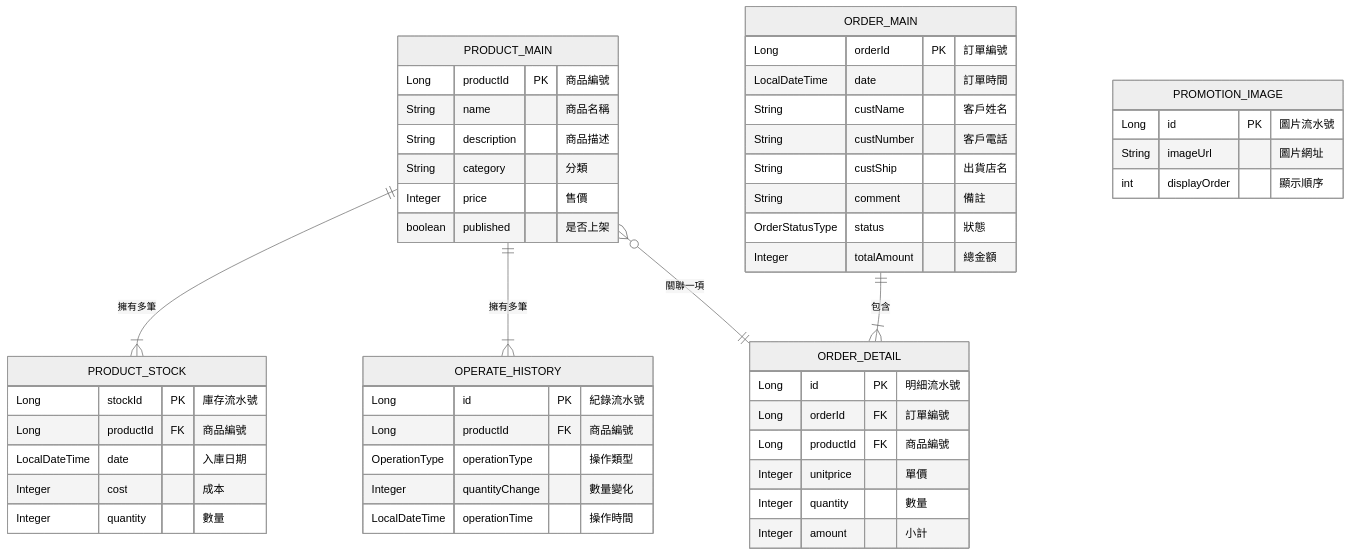
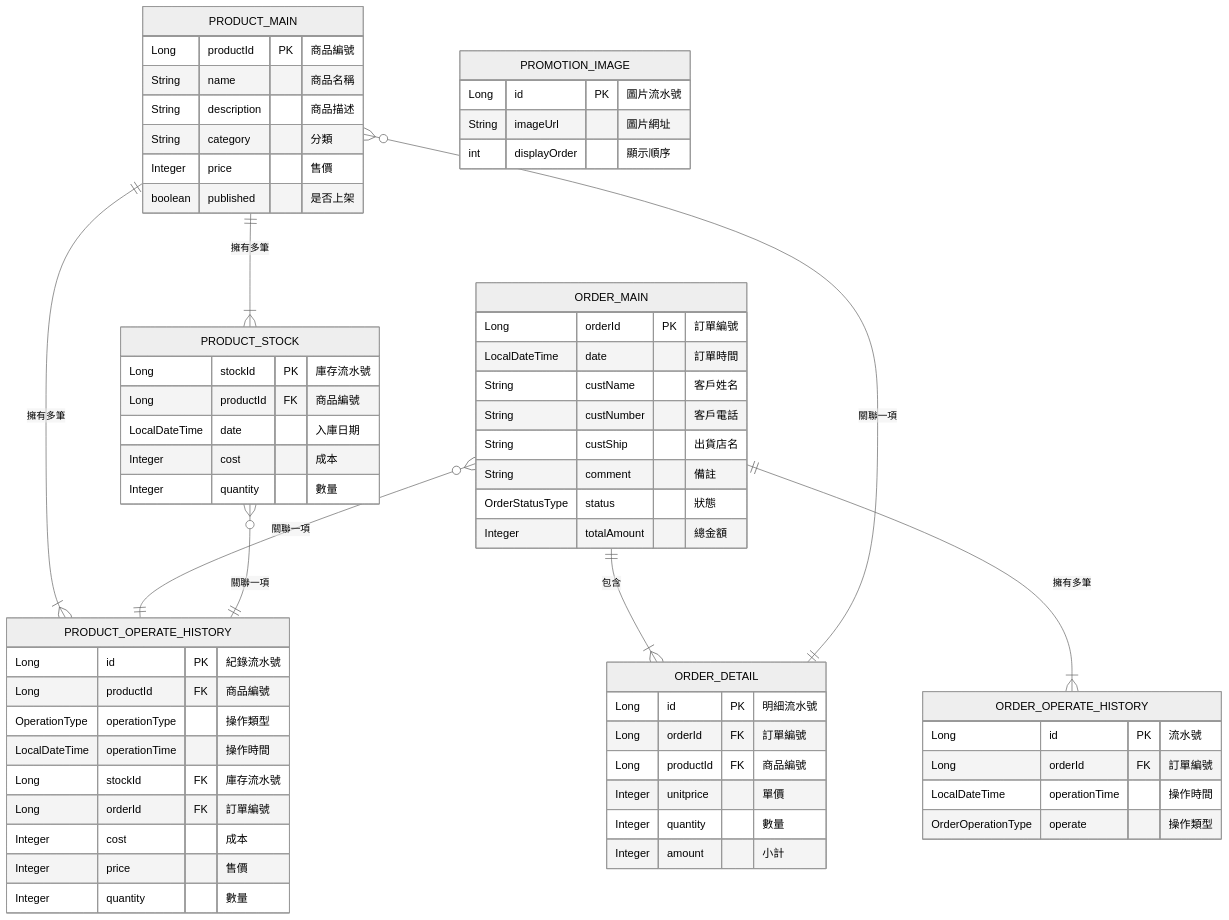
The diagram in README.md (abbyhung/workshop), drawn with Mermaid (neutral theme) before and after one commit. The commit also changed other lines of this file, not shown here.

````diff
--- a/README.md
+++ b/README.md
@@ -100,60 +86,75 @@
 ```mermaid
 erDiagram
     PRODUCT_MAIN {
         Long productId PK "商品編號"
         String name "商品名稱"
         String description "商品描述"
         String category "分類"
         Integer price "售價"
         boolean published "是否上架"
     }
 
     PRODUCT_STOCK {
         Long stockId PK "庫存流水號"
         Long productId FK "商品編號"
         LocalDateTime date "入庫日期"
         Integer cost "成本"
         Integer quantity "數量"
     }
 
-    OPERATE_HISTORY {
+    PRODUCT_OPERATE_HISTORY {
         Long id PK "紀錄流水號"
         Long productId FK "商品編號"
         OperationType operationType "操作類型"
-        Integer quantityChange "數量變化"
         LocalDateTime operationTime "操作時間"
+        Long stockId FK "庫存流水號"
+        Long orderId FK "訂單編號"
+        Integer cost "成本"
+        Integer price "售價"
+        Integer quantity "數量"
     }
 
     ORDER_MAIN {
         Long orderId PK "訂單編號"
         LocalDateTime date "訂單時間"
         String custName "客戶姓名"
         String custNumber "客戶電話"
         String custShip "出貨店名"
         String comment "備註"
         OrderStatusType status "狀態"
         Integer totalAmount "總金額"
     }
 
     ORDER_DETAIL {
         Long id PK "明細流水號"
         Long orderId FK "訂單編號"
         Long productId FK "商品編號"
         Integer unitprice "單價"
         Integer quantity "數量"
         Integer amount "小計"
     }
 
+    ORDER_OPERATE_HISTORY {
+        Long id PK "流水號"
+        Long orderId FK "訂單編號"
+        LocalDateTime operationTime "操作時間"
+        OrderOperationType operate "操作類型"
+    }
+
     PROMOTION_IMAGE {
         Long id PK "圖片流水號"
         String imageUrl "圖片網址"
         int displayOrder "顯示順序"
     }
 
     %% --- 修正點：將單引號改為 %% ---
     %% Relationships 
     PRODUCT_MAIN ||--|{ PRODUCT_STOCK : "擁有多筆"
-    PRODUCT_MAIN ||--|{ OPERATE_HISTORY : "擁有多筆"
+    PRODUCT_MAIN ||--|{ PRODUCT_OPERATE_HISTORY : "擁有多筆"
     ORDER_MAIN ||--|{ ORDER_DETAIL : "包含"
+    ORDER_MAIN ||--|{ ORDER_OPERATE_HISTORY : "擁有多筆"
     PRODUCT_MAIN }o--|| ORDER_DETAIL : "關聯一項"
+
+    ORDER_MAIN }o--|| PRODUCT_OPERATE_HISTORY : "關聯一項"
+    PRODUCT_STOCK }o--|| PRODUCT_OPERATE_HISTORY : "關聯一項"
 ```
````
